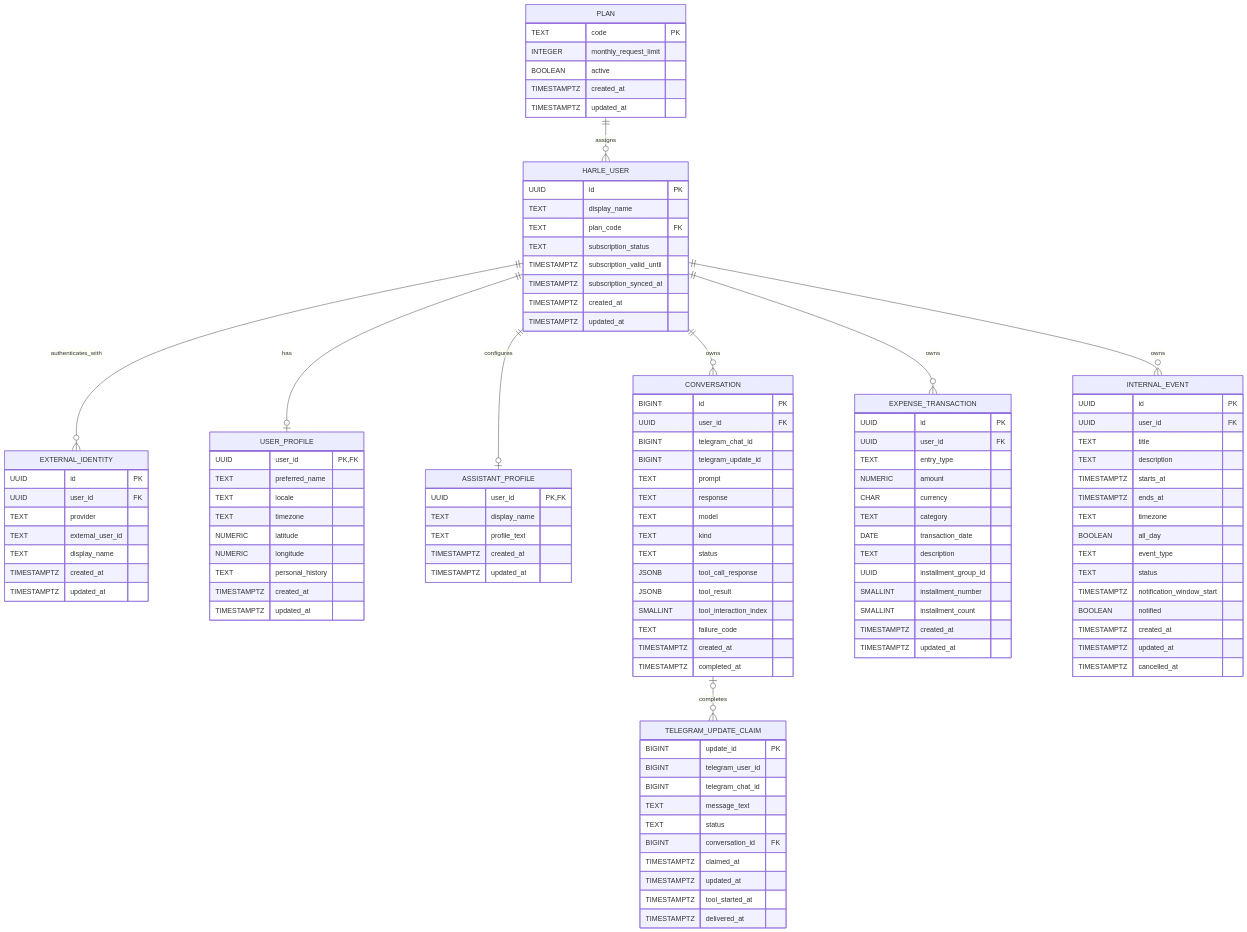
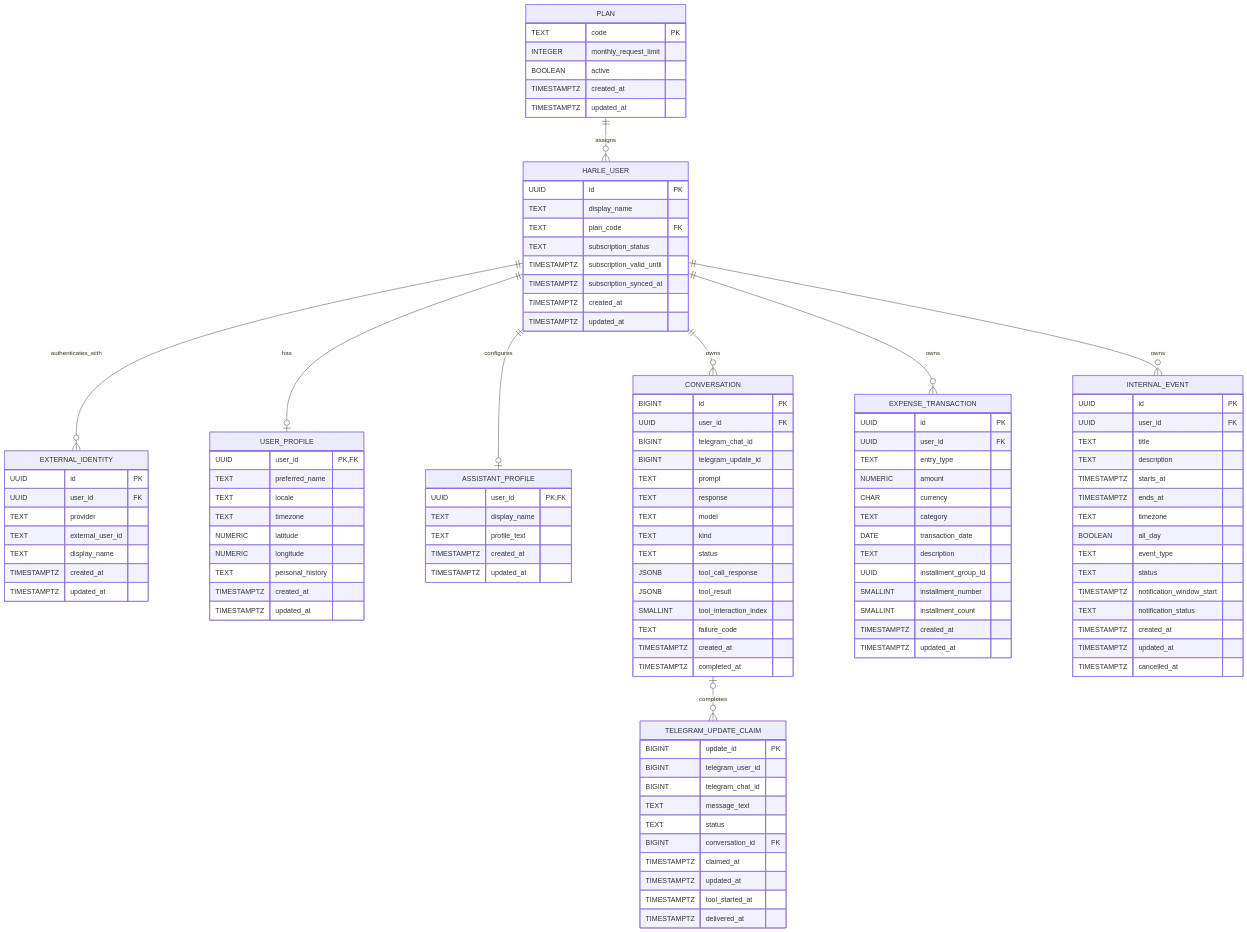
Before and after one commit to JuanJFarina/custom-gemini-cli: the diagram in docs/05_ERD.md, drawn with Mermaid. The commit also changed other lines of this file and 15 other files, not shown here.

```diff
--- a/docs/05_ERD.md
+++ b/docs/05_ERD.md
@@ -123,7 +123,7 @@
         TEXT event_type
         TEXT status
         TIMESTAMPTZ notification_window_start
-        BOOLEAN notified
+        TEXT notification_status
         TIMESTAMPTZ created_at
         TIMESTAMPTZ updated_at
         TIMESTAMPTZ cancelled_at
```
